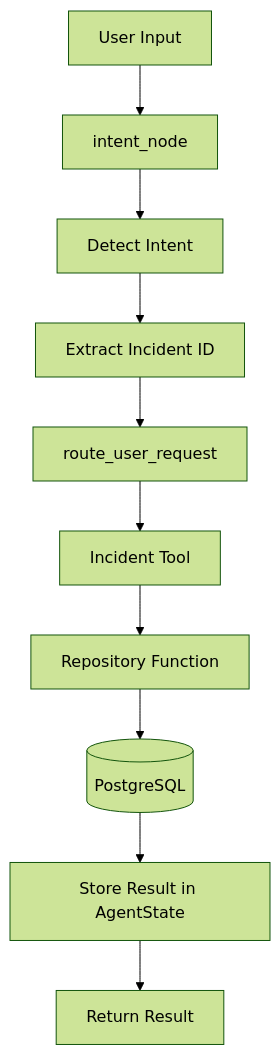
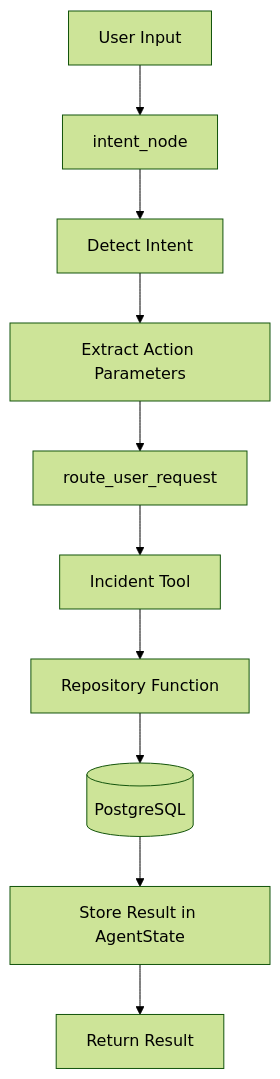
The first of 2 diagrams in README.md (Rajucoder/incident-management-ai-agent), drawn with Mermaid (forest theme) before and after one commit. The commit also changed other lines of this file and 4 other files, not shown here.

````diff
--- a/README.md
+++ b/README.md
@@ -99,12 +105,12 @@
 ```mermaid
 flowchart TD
     A[User Input] --> B[intent_node]
     B --> C[Detect Intent]
-    C --> D[Extract Incident ID]
+    C --> D[Extract Action Parameters]
     D --> E[route_user_request]
     E --> F[Incident Tool]
     F --> G[Repository Function]
     G --> H[(PostgreSQL)]
     H --> I[Store Result in AgentState]
     I --> J[Return Result]
 ```
````
